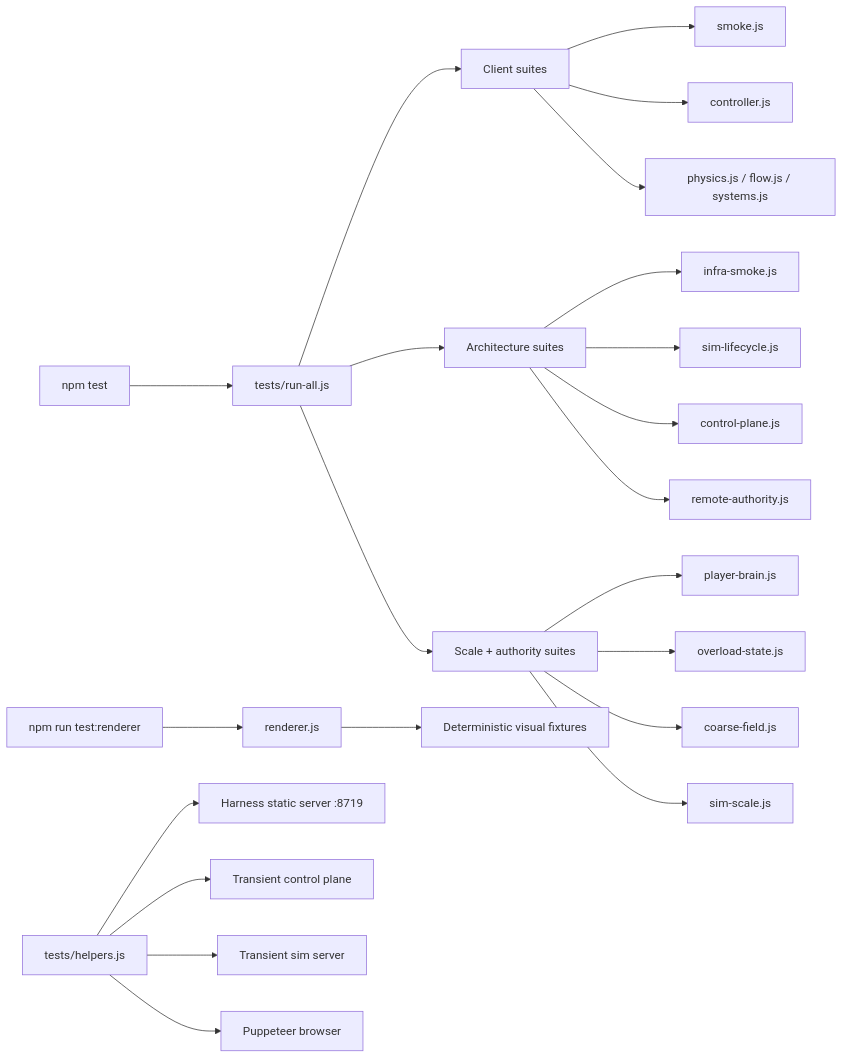
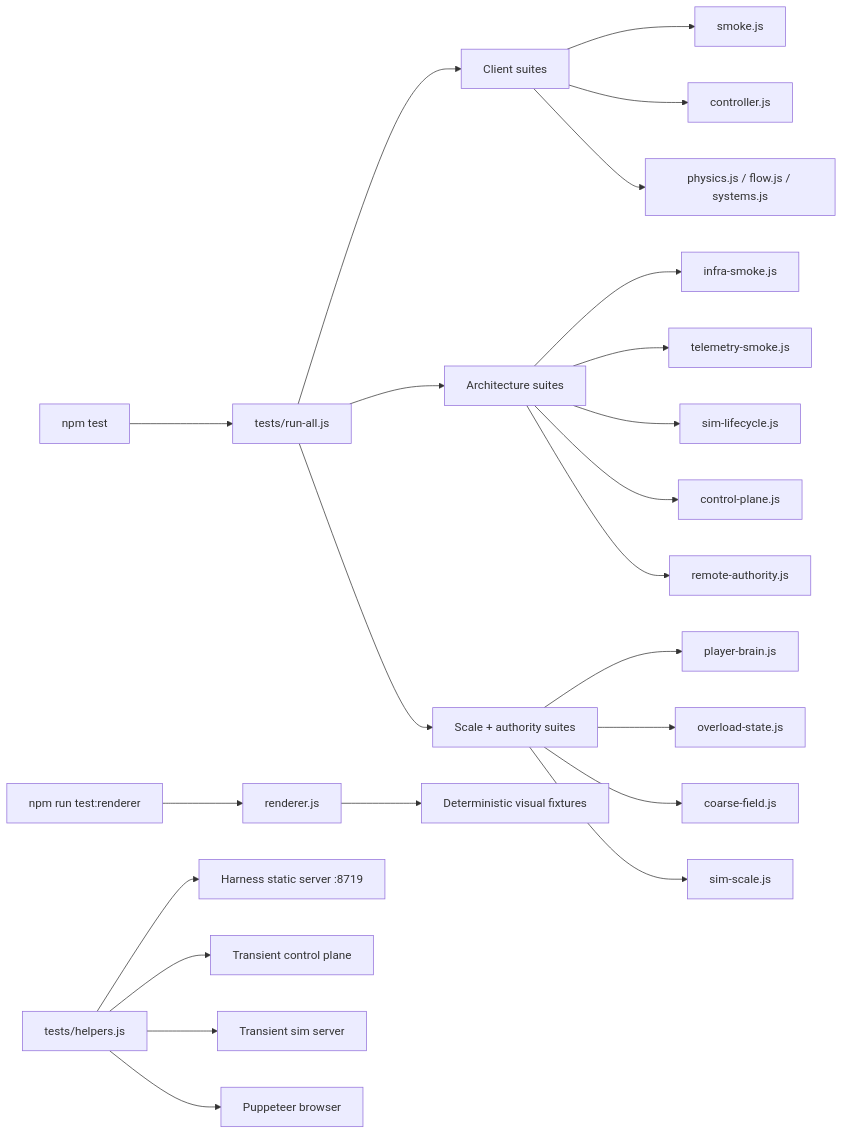
Before and after one commit to theysayheygreg/last-black-hole: the diagram in docs/reference/TEST-HARNESS.md, drawn with Mermaid. The commit also changed other lines of this file and 10 other files, not shown here.

Commit message:
Tests: add telemetry-aware smoke coverage

````diff
--- a/docs/reference/TEST-HARNESS.md
+++ b/docs/reference/TEST-HARNESS.md
@@ -20,29 +20,30 @@
 ```mermaid
 flowchart LR
     A["npm test"] --> B["tests/run-all.js"]
     B --> C["Client suites"]
     B --> D["Architecture suites"]
     B --> E["Scale + authority suites"]
 
     C --> C1["smoke.js"]
     C --> C2["controller.js"]
     C --> C3["physics.js / flow.js / systems.js"]
 
     D --> D1["infra-smoke.js"]
-    D --> D2["sim-lifecycle.js"]
-    D --> D3["control-plane.js"]
-    D --> D4["remote-authority.js"]
+    D --> D2["telemetry-smoke.js"]
+    D --> D3["sim-lifecycle.js"]
+    D --> D4["control-plane.js"]
+    D --> D5["remote-authority.js"]
 
     E --> E1["player-brain.js"]
     E --> E2["overload-state.js"]
     E --> E3["coarse-field.js"]
     E --> E4["sim-scale.js"]
 
     F["npm run test:renderer"] --> G["renderer.js"]
     G --> H["Deterministic visual fixtures"]
 
     I["tests/helpers.js"] --> J["Harness static server :8719"]
     I --> K["Transient control plane"]
     I --> L["Transient sim server"]
     I --> M["Puppeteer browser"]
 ```
````
